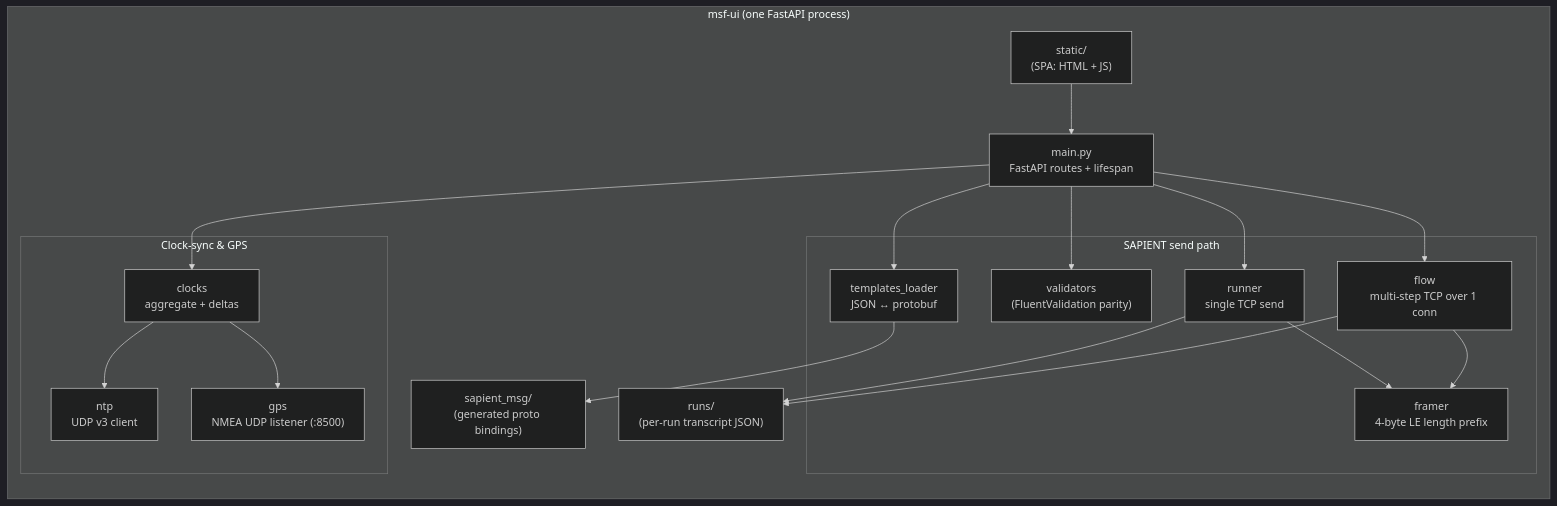
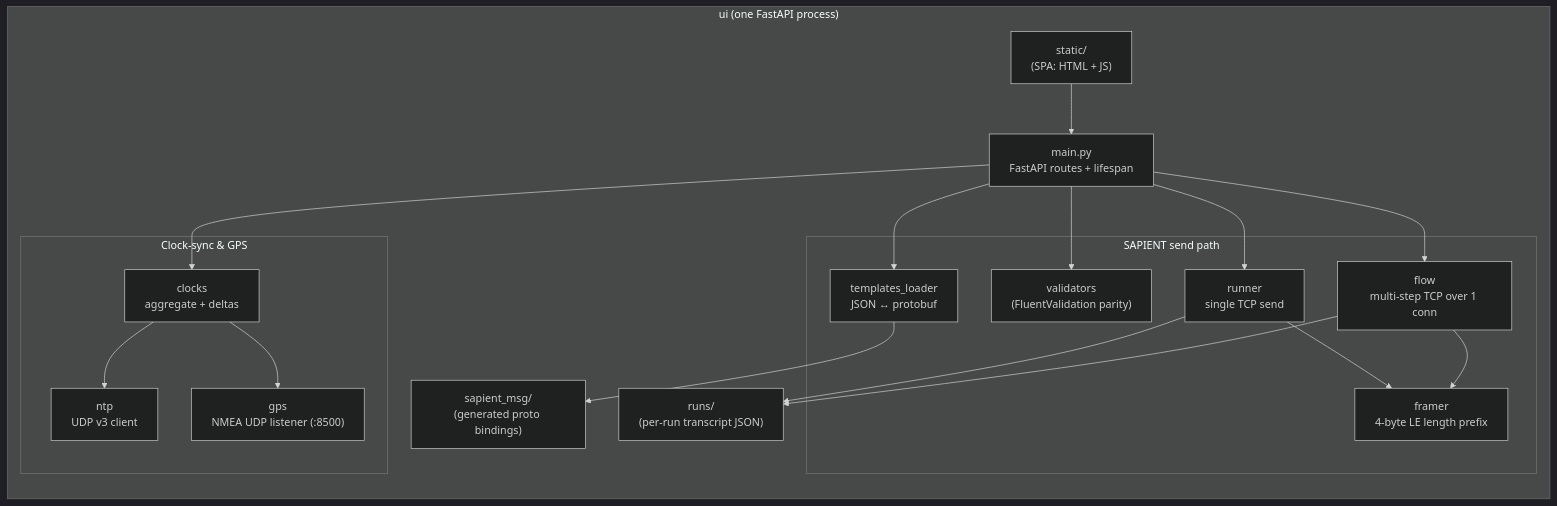
One commit to vinayakkankanwadi/multi-sensor-fusion changed the second of 12 diagrams in Architecture.md. Above: the diagram before and after it, drawn with Mermaid (dark theme). The commit also changed other lines of this file and 29 other files, not shown here.

````diff
--- a/Architecture.md
+++ b/Architecture.md
@@ -98,39 +98,39 @@
 ```mermaid
 flowchart TB
-    subgraph container["msf-ui (one FastAPI process)"]
+    subgraph container["ui (one FastAPI process)"]
         direction TB
         Static["static/<br/>(SPA: HTML + JS)"]
         Main["main.py<br/>FastAPI routes + lifespan"]
 
         subgraph send["SAPIENT send path"]
             Templates["templates_loader<br/>JSON ↔ protobuf"]
             Validators["validators<br/>(FluentValidation parity)"]
             Framer["framer<br/>4-byte LE length prefix"]
             Runner["runner<br/>single TCP send"]
             Flow["flow<br/>multi-step TCP over 1 conn"]
         end
 
         subgraph clocks["Clock-sync & GPS"]
             NTP["ntp<br/>UDP v3 client"]
             GPS["gps<br/>NMEA UDP listener (:8500)"]
             Clocks["clocks<br/>aggregate + deltas"]
         end
 
         Proto["sapient_msg/<br/>(generated proto bindings)"]
         Runs["runs/<br/>(per-run transcript JSON)"]
     end
 
     Static --> Main
     Main --> Templates
     Main --> Validators
     Main --> Runner
     Main --> Flow
     Main --> Clocks
     Runner --> Framer
     Flow --> Framer
     Templates --> Proto
     Clocks --> NTP
     Clocks --> GPS
     Runner --> Runs
     Flow --> Runs
 ```
````
